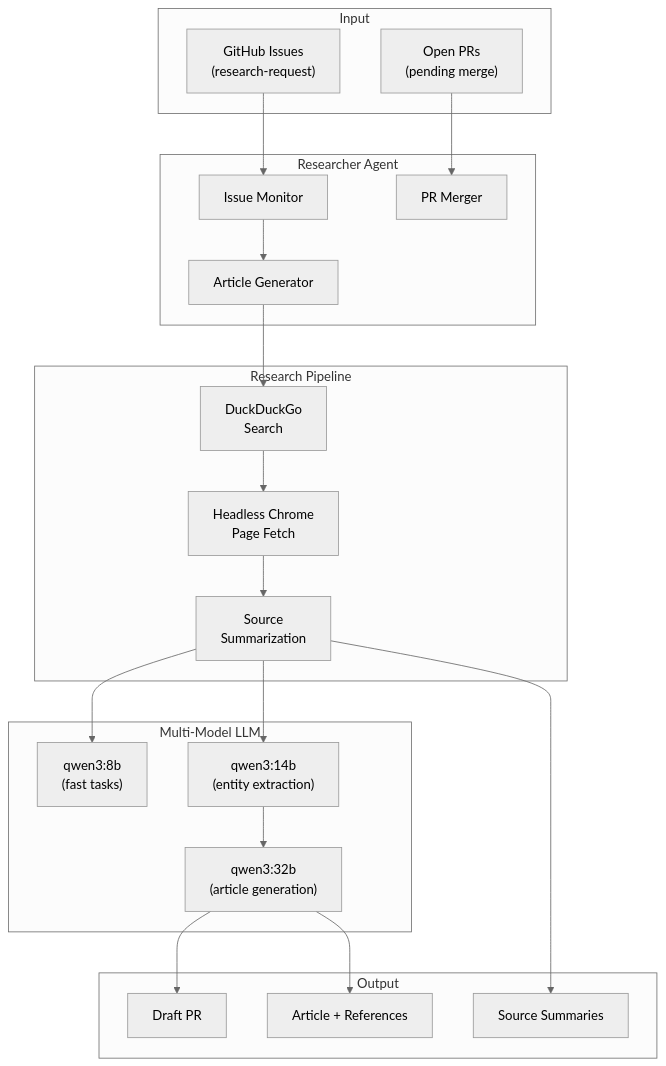
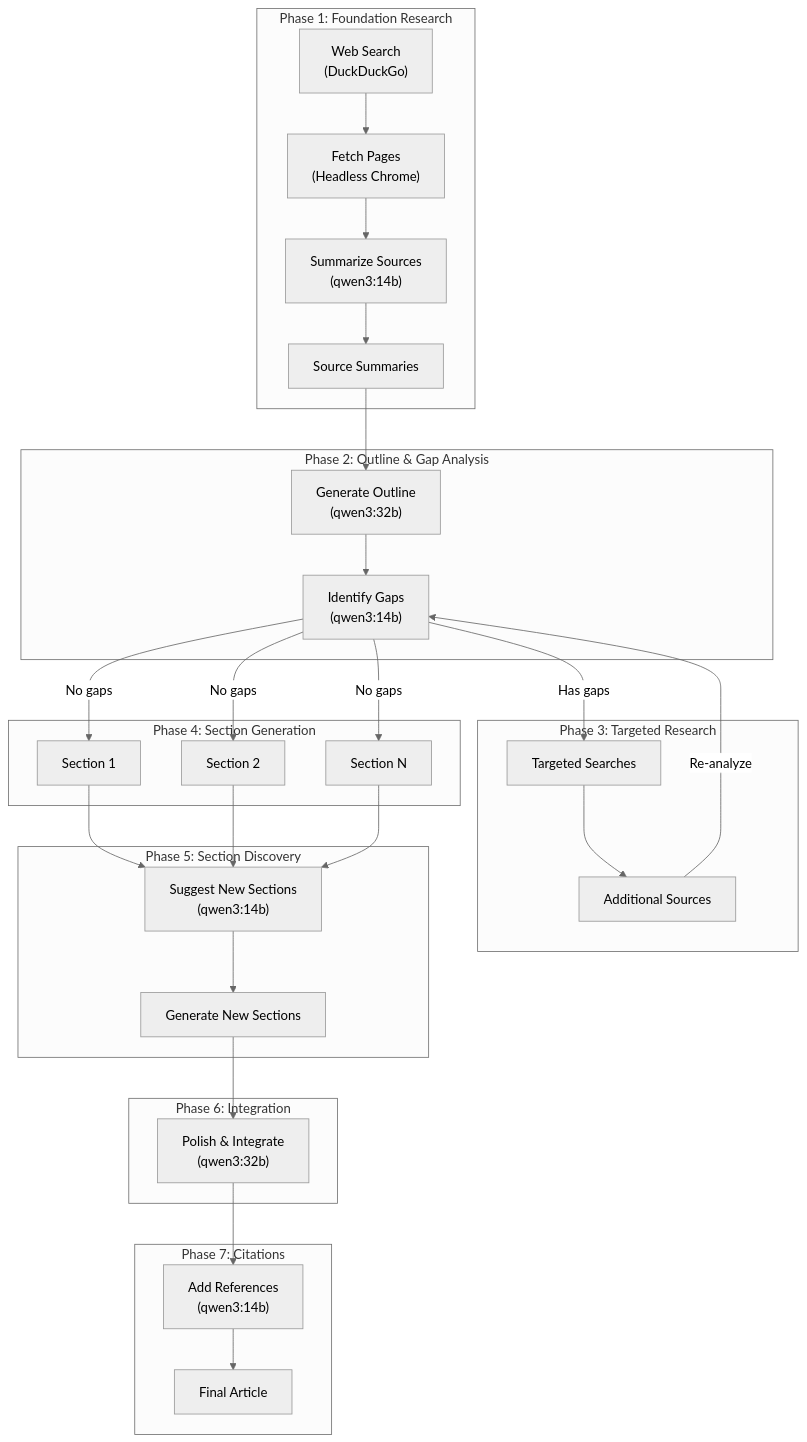
One commit to gitopedia/researcher changed the first of 2 diagrams in README.md. Above: the diagram before and after it, drawn with Mermaid (neutral theme). The commit also changed other lines of this file and 4 other files, not shown here.

First line of the commit message:
refactor: implement multi-phase article generation as default

````diff
--- a/README.md
+++ b/README.md
@@ -7,46 +9,48 @@
 ```mermaid
 flowchart TB
-    subgraph Input
-        Issues["GitHub Issues<br/>(research-request)"]
-        OpenPRs["Open PRs<br/>(pending merge)"]
+    subgraph Phase1["Phase 1: Foundation Research"]
+        Search["Web Search<br/>(DuckDuckGo)"]
+        Fetch["Fetch Pages<br/>(Headless Chrome)"]
+        Summarize["Summarize Sources<br/>(qwen3:14b)"]
+        Sources["Source Summaries"]
     end
 
-    subgraph Agent["Researcher Agent"]
-        Monitor["Issue Monitor"]
-        Merger["PR Merger"]
-        Generator["Article Generator"]
+    subgraph Phase2["Phase 2: Outline & Gap Analysis"]
+        Outline["Generate Outline<br/>(qwen3:32b)"]
+        Gaps["Identify Gaps<br/>(qwen3:14b)"]
     end
 
-    subgraph Research["Research Pipeline"]
-        WebSearch["DuckDuckGo<br/>Search"]
-        Fetch["Headless Chrome<br/>Page Fetch"]
-        Summarize["Source<br/>Summarization"]
+    subgraph Phase3["Phase 3: Targeted Research"]
+        TargetSearch["Targeted Searches"]
+        NewSources["Additional Sources"]
     end
 
-    subgraph LLM["Multi-Model LLM"]
-        Fast["qwen3:8b<br/>(fast tasks)"]
-        Medium["qwen3:14b<br/>(entity extraction)"]
-        Large["qwen3:32b<br/>(article generation)"]
+    subgraph Phase4["Phase 4: Section Generation"]
+        Section1["Section 1"]
+        Section2["Section 2"]
+        SectionN["Section N"]
     end
 
-    subgraph Output
-        PR["Draft PR"]
-        Sources["Source Summaries"]
-        Article["Article + References"]
+    subgraph Phase5["Phase 5: Section Discovery"]
+        Discover["Suggest New Sections<br/>(qwen3:14b)"]
+        NewSections["Generate New Sections"]
     end
 
-    Issues --> Monitor
-    OpenPRs --> Merger
-    Monitor --> Generator
-    
-    Generator --> WebSearch
-    WebSearch --> Fetch
-    Fetch --> Summarize
-    Summarize --> Fast
-    Summarize --> Medium
-    Medium --> Large
-    
-    Large --> PR
-    Summarize --> Sources
-    Large --> Article
+    subgraph Phase6["Phase 6: Integration"]
+        Integrate["Polish & Integrate<br/>(qwen3:32b)"]
+    end
+
+    subgraph Phase7["Phase 7: Citations"]
+        AddRefs["Add References<br/>(qwen3:14b)"]
+        Final["Final Article"]
+    end
+
+    Search --> Fetch --> Summarize --> Sources
+    Sources --> Outline --> Gaps
+    Gaps -->|"Has gaps"| TargetSearch --> NewSources
+    NewSources -->|"Re-analyze"| Gaps
+    Gaps -->|"No gaps"| Section1 & Section2 & SectionN
+    Section1 & Section2 & SectionN --> Discover
+    Discover --> NewSections --> Integrate
+    Integrate --> AddRefs --> Final
 ```
````
